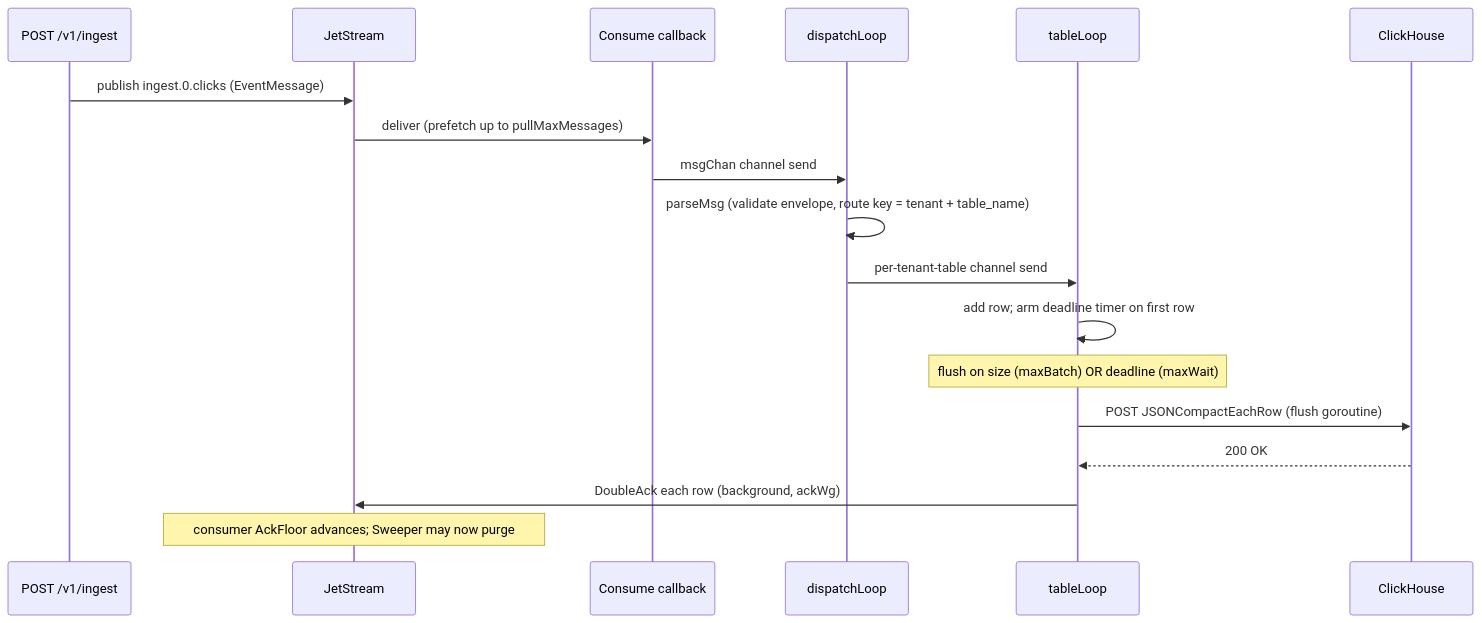
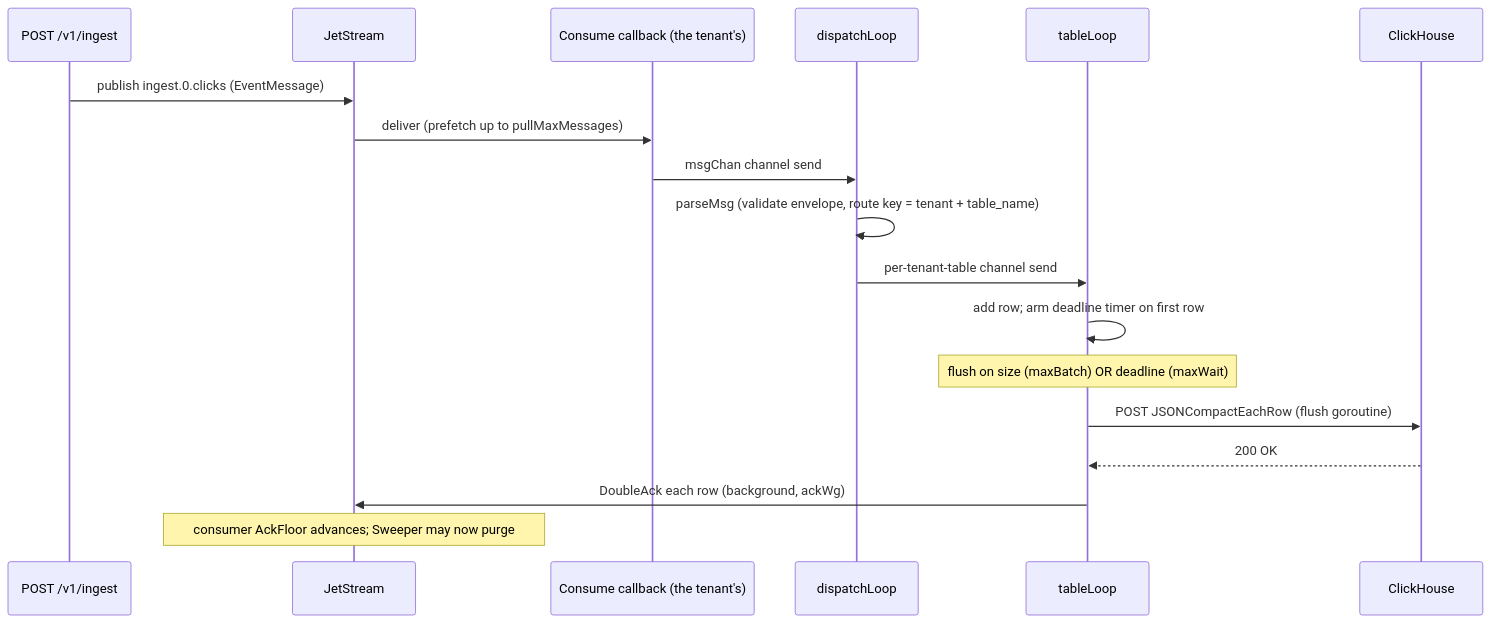
Before and after one commit to Wave-RF/WaveHouse: the second of 8 diagrams in docs/src/content/docs/ingest-pipeline.md, drawn with Mermaid. The commit also changed other lines of this file and 11 other files, not shown here.

````diff
--- a/docs/src/content/docs/ingest-pipeline.md
+++ b/docs/src/content/docs/ingest-pipeline.md
@@ -69,20 +69,20 @@
 ```mermaid
 sequenceDiagram
     participant P as POST /v1/ingest
     participant JS as JetStream
-    participant CB as Consume callback
+    participant CB as Consume callback (the tenant's)
     participant D as dispatchLoop
     participant TL as tableLoop
     participant CH as ClickHouse
     P->>JS: publish ingest.0.clicks (EventMessage)
     JS->>CB: deliver (prefetch up to pullMaxMessages)
     CB->>D: msgChan channel send
     D->>D: parseMsg (validate envelope, route key = tenant + table_name)
     D->>TL: per-tenant-table channel send
     TL->>TL: add row#59; arm deadline timer on first row
     Note over TL: flush on size (maxBatch) OR deadline (maxWait)
     TL->>CH: POST JSONCompactEachRow (flush goroutine)
     CH-->>TL: 200 OK
     TL->>JS: DoubleAck each row (background, ackWg)
     Note over JS: consumer AckFloor advances#59; Sweeper may now purge
 ```
````
